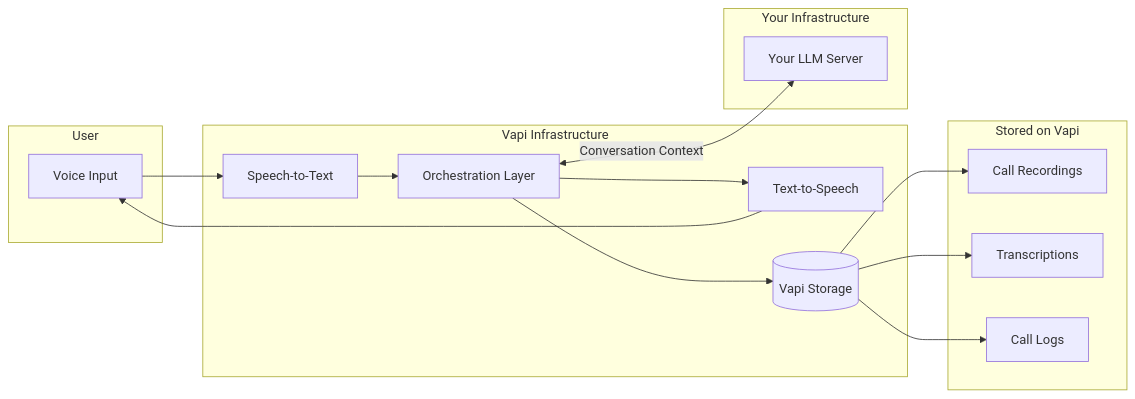
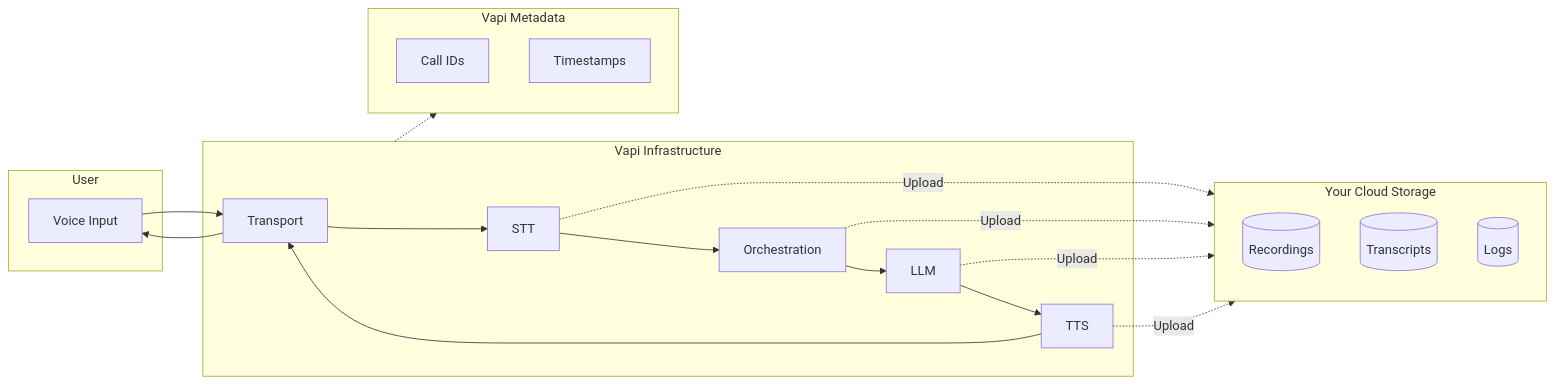
One commit to VapiAI/docs changed the third of 4 diagrams in fern/security-and-privacy/data-flow.mdx. Above: the diagram before and after it, drawn with Mermaid. The commit also changed other lines of this file, not shown here.

First line of the commit message:
docs: enhance data flow documentation with detailed pipeline architecture

````diff
--- a/fern/security-and-privacy/data-flow.mdx
+++ b/fern/security-and-privacy/data-flow.mdx
@@ -98,28 +223,29 @@
 ```mermaid
 flowchart LR
     subgraph User["User"]
         A[Voice Input]
     end
     
     subgraph Vapi["Vapi Infrastructure"]
-        B[Speech-to-Text]
-        C[Orchestration Layer]
-        E[Text-to-Speech]
-        F[(Vapi Storage)]
+        T[Transport]
+        B[STT]
+        C[Orchestration]
+        D[LLM]
+        E[TTS]
     end
     
-    subgraph Customer["Your Infrastructure"]
-        D[Your LLM Server]
+    subgraph Customer["Your Cloud Storage"]
+        F[(Recordings)]
+        G[(Transcripts)]
+        H[(Logs)]
     end
     
-    subgraph Stored["Stored on Vapi"]
-        G[Call Recordings]
-        H[Transcriptions]
-        I[Call Logs]
+    subgraph VapiMin["Vapi Metadata"]
+        I[Call IDs]
+        J[Timestamps]
     end
     
-    A --> B --> C
-    C <-->|Conversation Context| D
-    C --> E --> A
-    C --> F --> G & H & I
+    A --> T --> B --> C --> D --> E --> T --> A
+    B & C & D & E -.->|Upload| Customer
+    Vapi -.-> VapiMin
 ```
````
